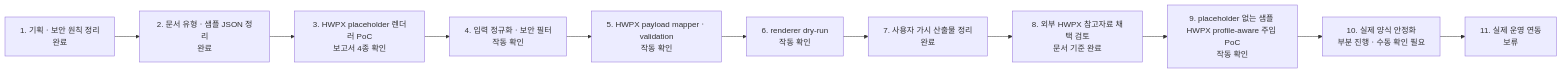
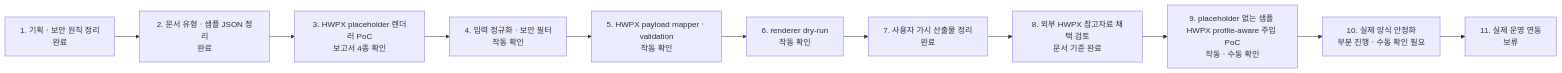
The diagram in CURRENT_STATUS.md (Polcoding/---), drawn with Mermaid before and after one commit. The commit also changed other lines of this file and 11 other files, not shown here.

````diff
--- a/CURRENT_STATUS.md
+++ b/CURRENT_STATUS.md
@@ -34,13 +34,13 @@
 ```mermaid
 flowchart LR
     A["1. 기획ㆍ보안 원칙 정리<br/>완료"] --> B["2. 문서 유형ㆍ샘플 JSON 정리<br/>완료"]
     B --> C["3. HWPX placeholder 렌더러 PoC<br/>보고서 4종 확인"]
     C --> D["4. 입력 정규화ㆍ보안 필터<br/>작동 확인"]
     D --> E["5. HWPX payload mapperㆍvalidation<br/>작동 확인"]
     E --> F["6. renderer dry-run<br/>작동 확인"]
     F --> G["7. 사용자 가시 산출물 정리<br/>완료"]
     G --> H["8. 외부 HWPX 참고자료 채택 검토<br/>문서 기준 완료"]
-    H --> I["9. placeholder 없는 샘플 HWPX profile-aware 주입 PoC<br/>작동 확인"]
+    H --> I["9. placeholder 없는 샘플 HWPX profile-aware 주입 PoC<br/>작동ㆍ수동 확인"]
     I --> J["10. 실제 양식 안정화<br/>부분 진행ㆍ수동 확인 필요"]
     J --> K["11. 실제 운영 연동<br/>보류"]
 ```
````
